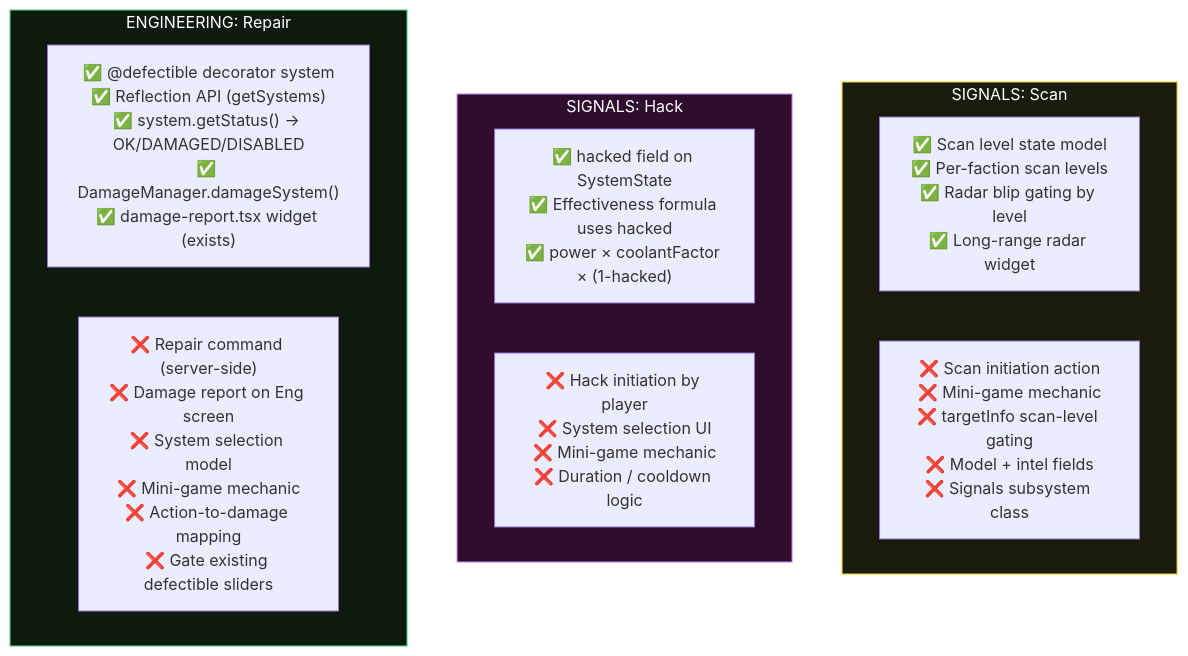
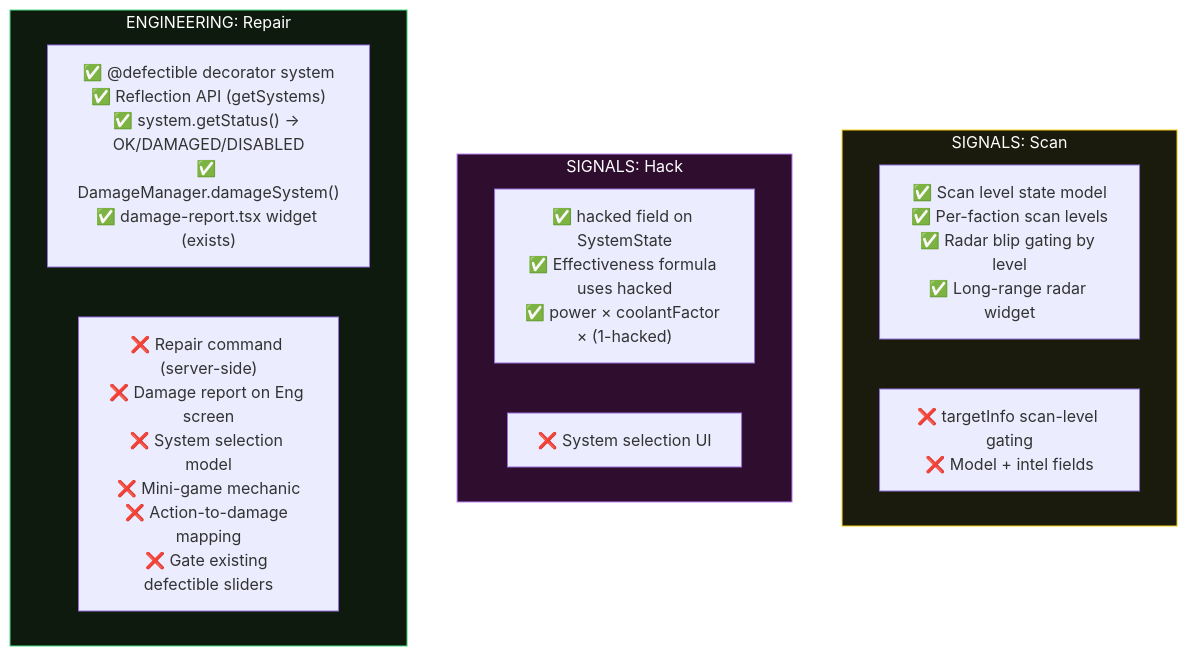
One commit to starwards/starwards changed the seventh of 7 diagrams in docs/bridge-playtest/bridge-dynamics.md. Above: the diagram before and after it, drawn with Mermaid. The commit also changed other lines of this file and 41 other files, not shown here.

````diff
--- a/docs/bridge-playtest/bridge-dynamics.md
+++ b/docs/bridge-playtest/bridge-dynamics.md
@@ -366,21 +366,21 @@
 ```mermaid
 graph TD
     subgraph SCAN ["SIGNALS: Scan"]
         SC_built["✅ Scan level state model<br/>✅ Per-faction scan levels<br/>✅ Radar blip gating by level<br/>✅ Long-range radar widget"]
-        SC_missing["❌ Scan initiation action<br/>❌ Mini-game mechanic<br/>❌ targetInfo scan-level gating<br/>❌ Model + intel fields<br/>❌ Signals subsystem class"]
+        SC_missing["❌ targetInfo scan-level gating<br/>❌ Model + intel fields"]
     end
 
     subgraph HACK ["SIGNALS: Hack"]
         HC_built["✅ hacked field on SystemState<br/>✅ Effectiveness formula uses hacked<br/>✅ power × coolantFactor × (1-hacked)"]
-        HC_missing["❌ Hack initiation by player<br/>❌ System selection UI<br/>❌ Mini-game mechanic<br/>❌ Duration / cooldown logic"]
+        HC_missing["❌ System selection UI"]
     end
 
     subgraph REPAIR ["ENGINEERING: Repair"]
         RP_built["✅ @defectible decorator system<br/>✅ Reflection API (getSystems)<br/>✅ system.getStatus() → OK/DAMAGED/DISABLED<br/>✅ DamageManager.damageSystem()<br/>✅ damage-report.tsx widget (exists)"]
         RP_missing["❌ Repair command (server-side)<br/>❌ Damage report on Eng screen<br/>❌ System selection model<br/>❌ Mini-game mechanic<br/>❌ Action-to-damage mapping<br/>❌ Gate existing defectible sliders"]
     end
 
     style SCAN fill:#1a1a0d,stroke:#facc15,color:#fff
     style HACK fill:#2e0d2e,stroke:#c084fc,color:#fff
     style REPAIR fill:#0d1a0d,stroke:#4ade80,color:#fff
 ```
````
